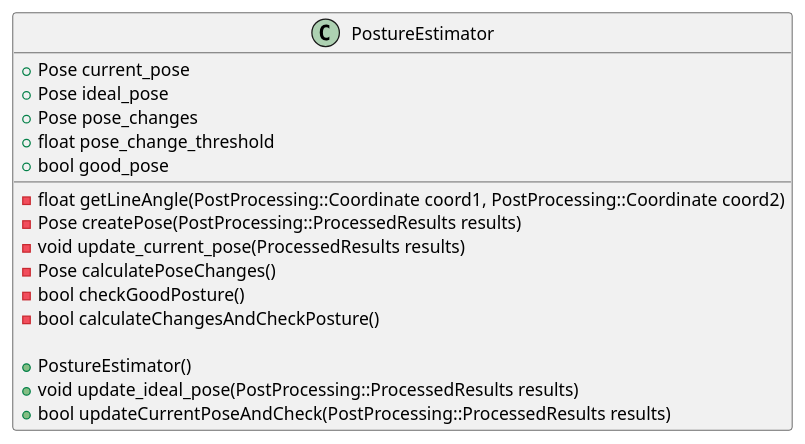
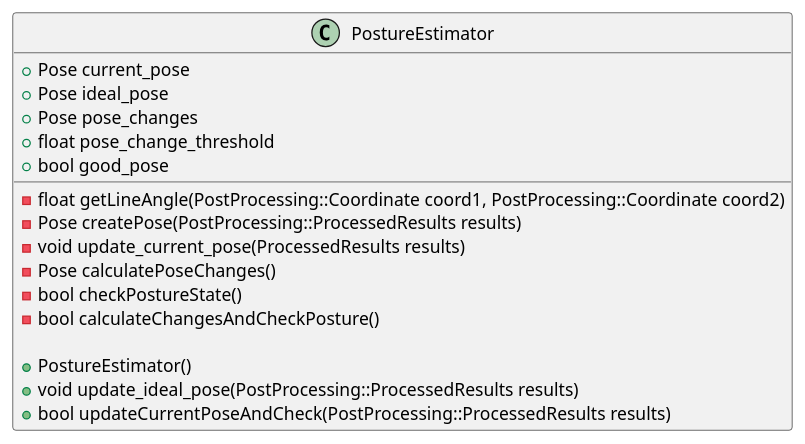
The first of 4 diagrams in docs/images/PlantUML/postureestimator.puml (ESE-Peasy/PosturePerfection), drawn with PlantUML before and after one commit. The commit also changed 4 other files, not shown here.

```diff
--- a/docs/images/PlantUML/postureestimator.puml
+++ b/docs/images/PlantUML/postureestimator.puml
@@ -3,19 +3,19 @@
 @startuml(id=PostureEstimator)
 class PostureEstimator {
    +Pose current_pose
    +Pose ideal_pose
    +Pose pose_changes
    +float pose_change_threshold
    +bool good_pose   
    -float getLineAngle(PostProcessing::Coordinate coord1, PostProcessing::Coordinate coord2)
    -Pose createPose(PostProcessing::ProcessedResults results)
    -void update_current_pose(ProcessedResults results)
    -Pose calculatePoseChanges()
-   -bool checkGoodPosture()
+   -bool checkPostureState()
    -bool calculateChangesAndCheckPosture()
 
    +PostureEstimator()
    +void update_ideal_pose(PostProcessing::ProcessedResults results)
    +bool updateCurrentPoseAndCheck(PostProcessing::ProcessedResults results)
 }
 @enduml
```
